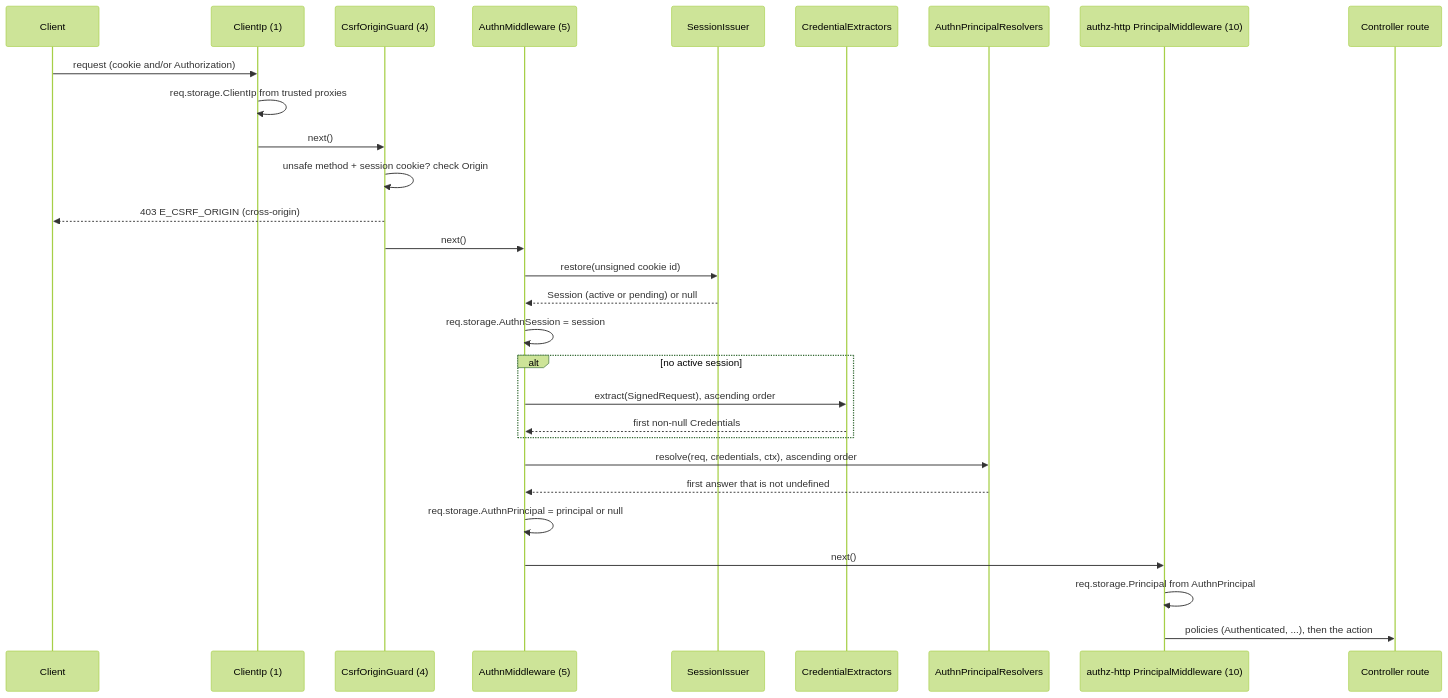
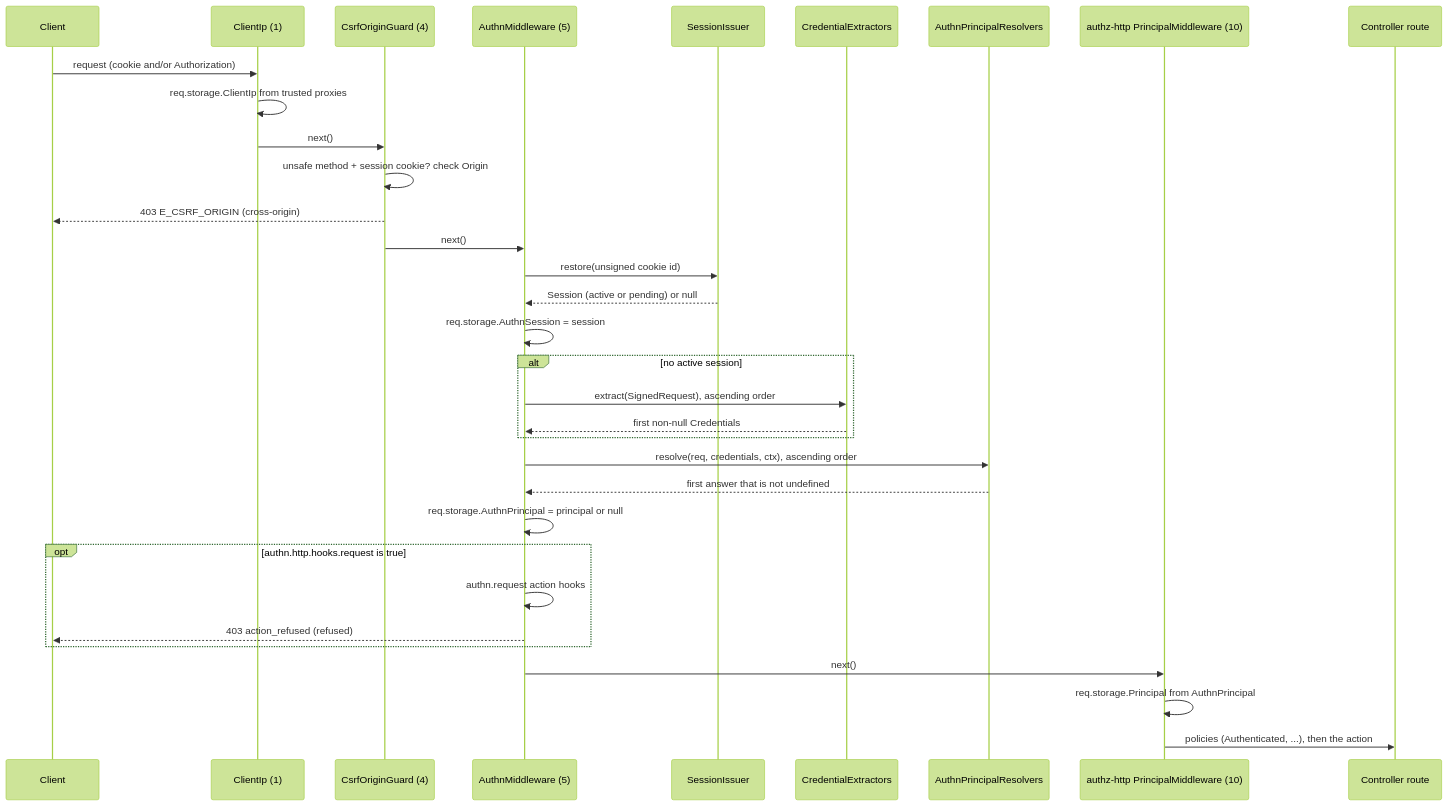
Before and after one commit to spinajs/main: the diagram in docs/authn-http/01-request-authentication.md, drawn with Mermaid (forest theme). The commit also changed other lines of this file and 50 other files, not shown here.

First line of the commit message:
docs: action hooks in the route, flow and package pages of HOOK-3 and HOOK-4

````diff
--- a/docs/authn-http/01-request-authentication.md
+++ b/docs/authn-http/01-request-authentication.md
@@ -23,31 +24,35 @@
 ```mermaid
 sequenceDiagram
   participant C as Client
   participant IP as ClientIp (1)
   participant G as CsrfOriginGuard (4)
   participant M as AuthnMiddleware (5)
   participant S as SessionIssuer
   participant X as CredentialExtractors
   participant R as AuthnPrincipalResolvers
   participant Z as authz-http PrincipalMiddleware (10)
   participant A as Controller route
   C->>IP: request (cookie and/or Authorization)
   IP->>IP: req.storage.ClientIp from trusted proxies
   IP->>G: next()
   G->>G: unsafe method + session cookie? check Origin
   G-->>C: 403 E_CSRF_ORIGIN (cross-origin)
   G->>M: next()
   M->>S: restore(unsigned cookie id)
   S-->>M: Session (active or pending) or null
   M->>M: req.storage.AuthnSession = session
   alt no active session
     M->>X: extract(SignedRequest), ascending order
     X-->>M: first non-null Credentials
   end
   M->>R: resolve(req, credentials, ctx), ascending order
   R-->>M: first answer that is not undefined
   M->>M: req.storage.AuthnPrincipal = principal or null
+  opt authn.http.hooks.request is true
+    M->>M: authn.request action hooks
+    M-->>C: 403 action_refused (refused)
+  end
   M->>Z: next()
   Z->>Z: req.storage.Principal from AuthnPrincipal
   Z->>A: policies (Authenticated, ...), then the action
 ```
````
